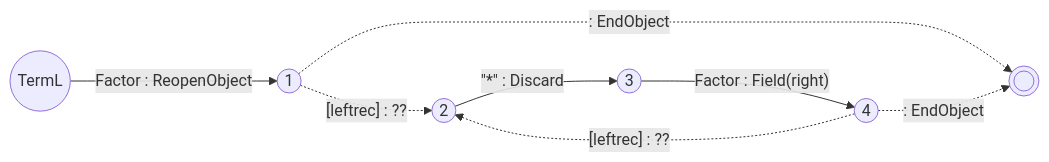
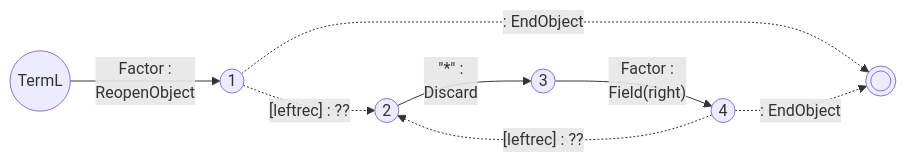
One commit to vczh-websites/vczh changed the seventh of 20 diagrams in Blog/GLR-Refactoring/Mermaid.md. Above: the diagram before and after it, drawn with Mermaid. The commit also changed other lines of this file, not shown here.

````diff
--- a/Blog/GLR-Refactoring/Mermaid.md
+++ b/Blog/GLR-Refactoring/Mermaid.md
@@ -82,10 +99,13 @@
 ```mermaid
 graph LR
-  S((TermL))-- Factor : ReopenObject --> 1
+  S((TermL))-- Factor :
+    ReopenObject --> 1
   1((1))-. : EndObject .->E((( )))
-  2((2))-- #quot;*#quot; : Discard -->3
-  3((3))-- Factor : Field(right) --> 4
+  2((2))-- #quot;*#quot; :
+    Discard -->3
+  3((3))-- Factor :
+    Field(right) --> 4
   4((4))-. : EndObject .->E
   1-. [leftrec] : ?? .->2
   4-. [leftrec] : ?? .->2
 ```
````
